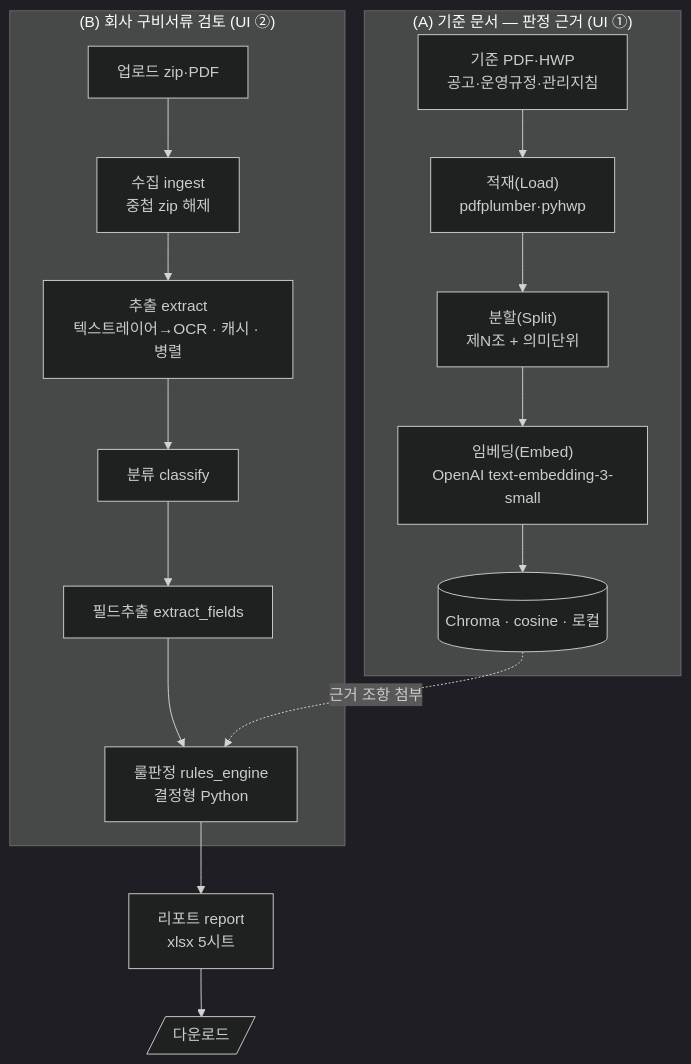
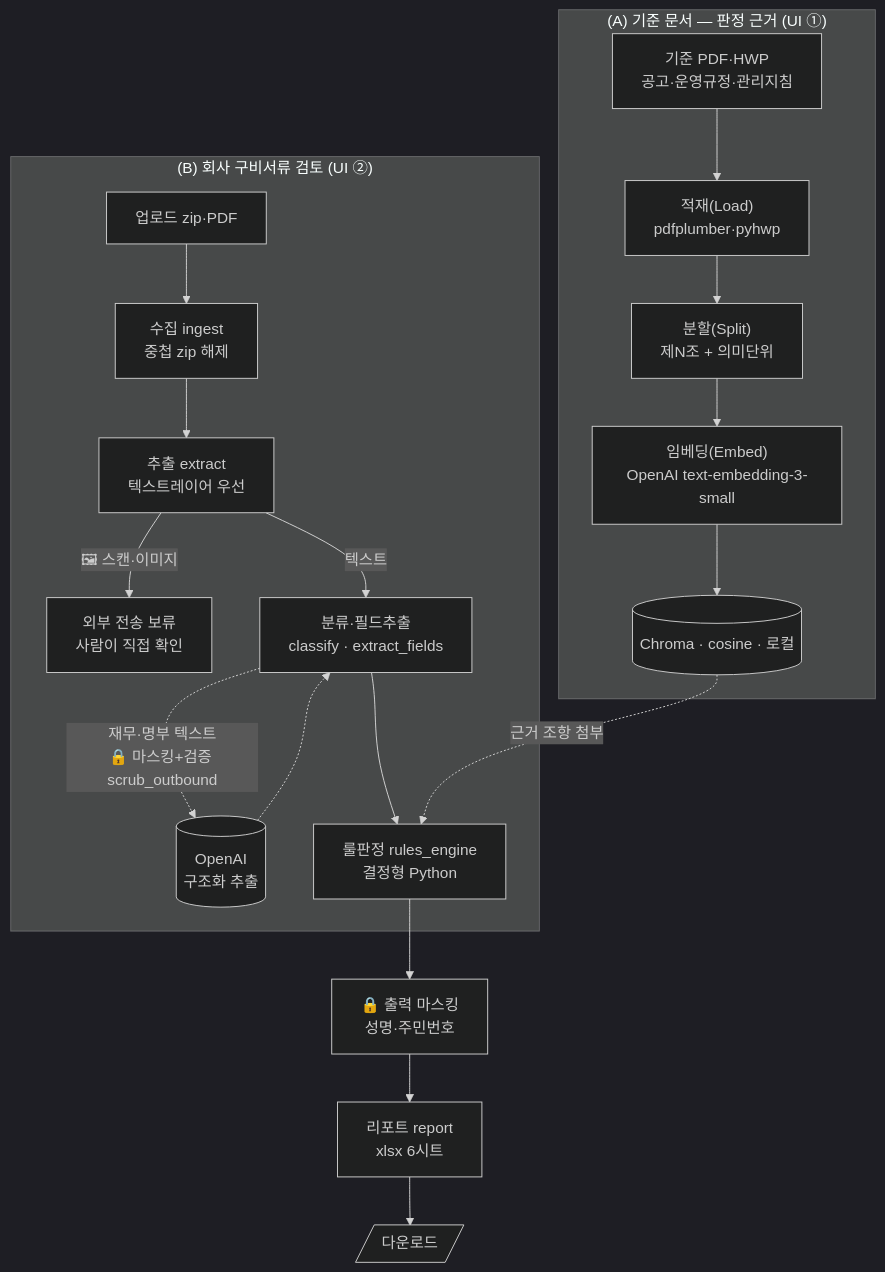
One commit to rola80/cluster-monitoring changed the diagram in README.md. Above: the diagram before and after it, drawn with Mermaid (dark theme). The commit also changed other lines of this file and 1 other file, not shown here.

````diff
--- a/README.md
+++ b/README.md
@@ -24,19 +24,23 @@
 ```mermaid
 flowchart TD
     subgraph A["(A) 기준 문서 — 판정 근거 (UI ①)"]
         REF["기준 PDF·HWP<br/>공고·운영규정·관리지침"] --> L["적재(Load)<br/>pdfplumber·pyhwp"]
         L --> S["분할(Split)<br/>제N조 + 의미단위"]
         S --> E["임베딩(Embed)<br/>OpenAI text-embedding-3-small"]
         E --> V[("Chroma · cosine · 로컬")]
     end
 
     subgraph B["(B) 회사 구비서류 검토 (UI ②)"]
         U["업로드 zip·PDF"] --> ING["수집 ingest<br/>중첩 zip 해제"]
-        ING --> EXT["추출 extract<br/>텍스트레이어→OCR · 캐시 · 병렬"]
-        EXT --> CLS["분류 classify"] --> FLD["필드추출 extract_fields"]
+        ING --> EXT["추출 extract<br/>텍스트레이어 우선"]
+        EXT -->|"🖼 스캔·이미지"| SCAN["외부 전송 보류<br/>사람이 직접 확인"]
+        EXT -->|"텍스트"| FLD["분류·필드추출<br/>classify · extract_fields"]
+        FLD -. "재무·명부 텍스트<br/>🔒 마스킹+검증 scrub_outbound" .-> OAI[("OpenAI<br/>구조화 추출")]
+        OAI -.-> FLD
         FLD --> RUL["룰판정 rules_engine<br/>결정형 Python"]
     end
 
     V -. "근거 조항 첨부" .-> RUL
-    RUL --> REP["리포트 report<br/>xlsx 5시트"] --> DL[/다운로드/]
+    RUL --> MO["🔒 출력 마스킹<br/>성명·주민번호"]
+    MO --> REP["리포트 report<br/>xlsx 6시트"] --> DL[/다운로드/]
 ```
````
